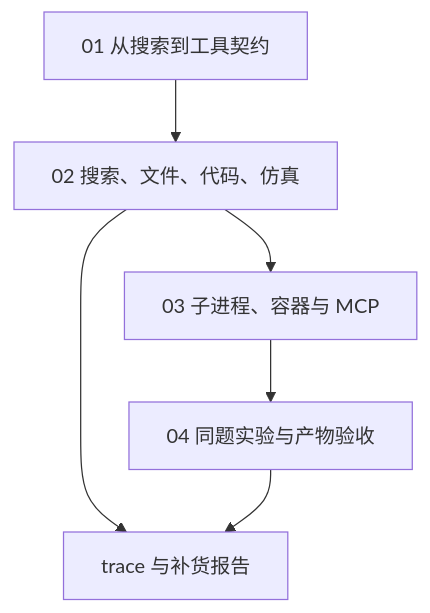
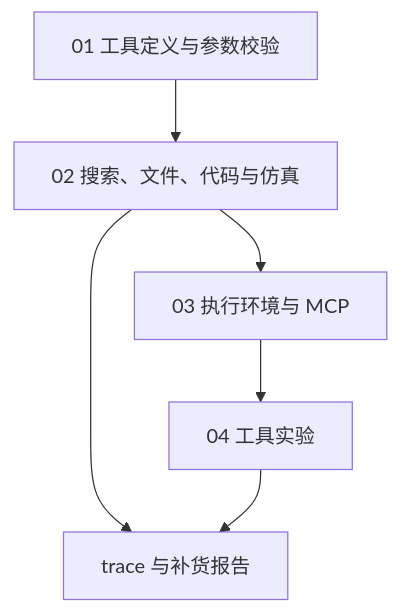
One commit to HarryYangthu/TheBestAIGuide changed the diagram in 10-Knowledge/08-tools-and-environment/README.md. Above: the diagram before and after it, drawn with Mermaid. The commit also changed other lines of this file and 75 other files, not shown here.

````diff
--- a/10-Knowledge/08-tools-and-environment/README.md
+++ b/10-Knowledge/08-tools-and-environment/README.md
@@ -7,8 +9,8 @@
 ```mermaid
 flowchart TD
-    A["01 从搜索到工具契约"] --> B["02 搜索、文件、代码、仿真"]
-    B --> C["03 子进程、容器与 MCP"]
-    C --> D["04 同题实验与产物验收"]
+    A["01 工具定义与参数校验"] --> B["02 搜索、文件、代码与仿真"]
+    B --> C["03 执行环境与 MCP"]
+    C --> D["04 工具实验"]
     B --> E["trace 与补货报告"]
     D --> E
 ```
````
